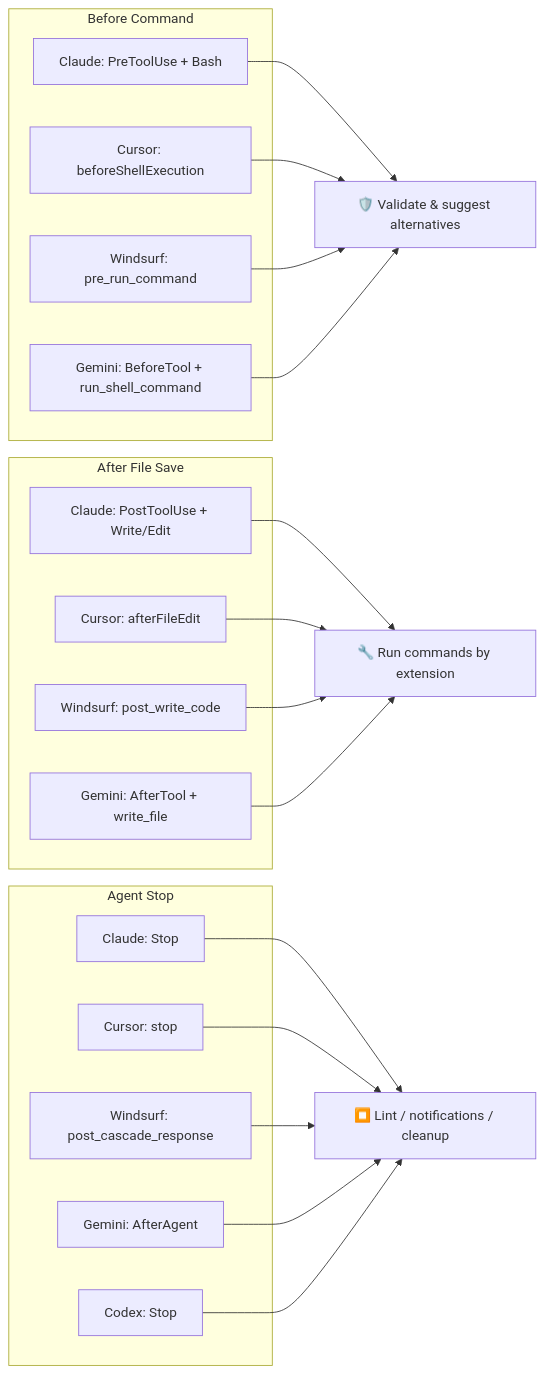
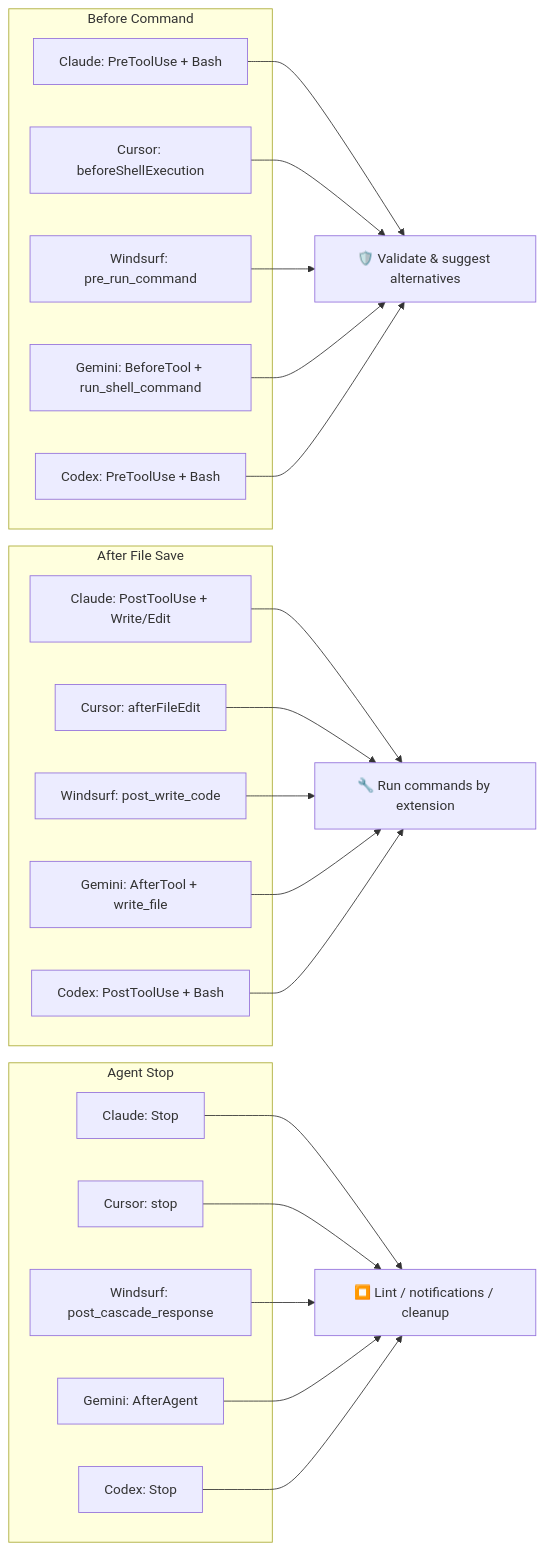
One commit to owayo/claw-hooks changed the diagram in README.md. Above: the diagram before and after it, drawn with Mermaid. The commit also changed other lines of this file and 5 other files, not shown here.

````diff
--- a/README.md
+++ b/README.md
@@ -890,40 +913,44 @@
 ```mermaid
 graph LR
     subgraph Before Command
         CC1[Claude: PreToolUse + Bash]
         CU1[Cursor: beforeShellExecution]
         WS1[Windsurf: pre_run_command]
         GE1[Gemini: BeforeTool + run_shell_command]
+        CX1[Codex: PreToolUse + Bash]
     end
     CH1[🛡️ Validate & suggest alternatives]
     CC1 --> CH1
     CU1 --> CH1
     WS1 --> CH1
     GE1 --> CH1
+    CX1 --> CH1
 
     subgraph After File Save
         CC2[Claude: PostToolUse + Write/Edit]
         CU2[Cursor: afterFileEdit]
         WS2[Windsurf: post_write_code]
         GE2[Gemini: AfterTool + write_file]
+        CX2[Codex: PostToolUse + Bash]
     end
     CH2[🔧 Run commands by extension]
     CC2 --> CH2
     CU2 --> CH2
     WS2 --> CH2
     GE2 --> CH2
+    CX2 --> CH2
 
     subgraph Agent Stop
         CC3[Claude: Stop]
         CU3[Cursor: stop]
         WS3[Windsurf: post_cascade_response]
         GE3[Gemini: AfterAgent]
         CX3[Codex: Stop]
     end
     CH3[⏹️ Lint / notifications / cleanup]
     CC3 --> CH3
     CU3 --> CH3
     WS3 --> CH3
     GE3 --> CH3
     CX3 --> CH3
 ```
````
